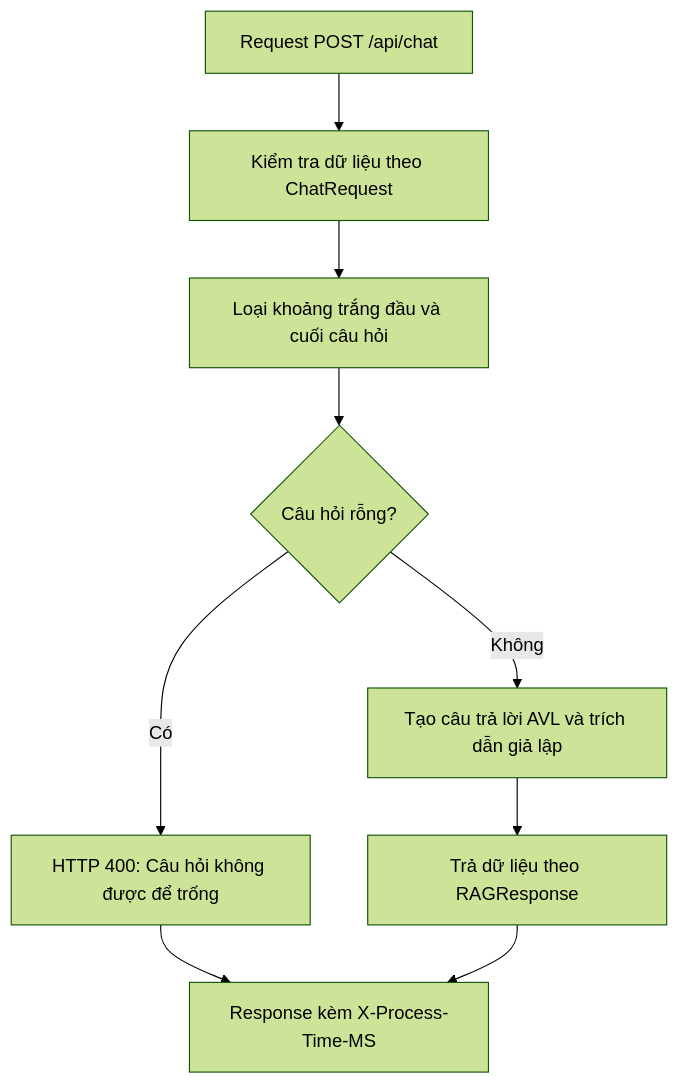
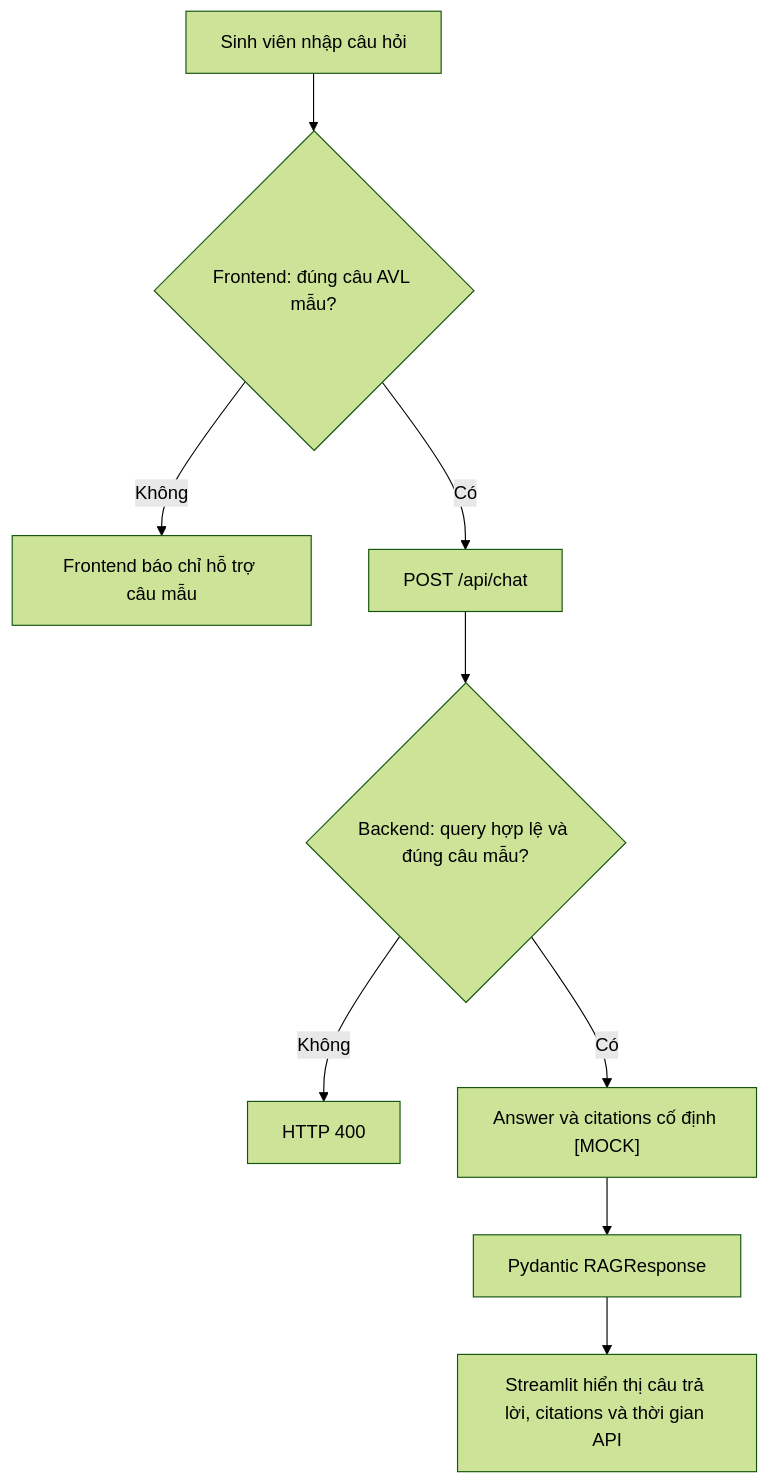
The second of 2 diagrams in README.md (quantapcot/DSA-Document-Assistant-Using-Hybrid-RAG), drawn with Mermaid (forest theme) before and after one commit. The commit also changed other lines of this file, not shown here.

````diff
--- a/README.md
+++ b/README.md
@@ -63,11 +88,11 @@
 ```mermaid
 flowchart TD
-    A["Request POST /api/chat"] --> B["Kiểm tra dữ liệu theo ChatRequest"]
-    B --> C["Loại khoảng trắng đầu và cuối câu hỏi"]
-    C --> D{"Câu hỏi rỗng?"}
-    D -- Có --> E["HTTP 400: Câu hỏi không được để trống"]
-    D -- Không --> F["Tạo câu trả lời AVL và trích dẫn giả lập"]
-    F --> G["Trả dữ liệu theo RAGResponse"]
-    E --> H["Response kèm X-Process-Time-MS"]
-    G --> H
+    A["Sinh viên nhập câu hỏi"] --> B{"Frontend: đúng câu AVL mẫu?"}
+    B -- "Không" --> C["Frontend báo chỉ hỗ trợ câu mẫu"]
+    B -- "Có" --> D["POST /api/chat"]
+    D --> E{"Backend: query hợp lệ và đúng câu mẫu?"}
+    E -- "Không" --> F["HTTP 400"]
+    E -- "Có" --> G["Answer và citations cố định [MOCK]"]
+    G --> H["Pydantic RAGResponse"]
+    H --> I["Streamlit hiển thị câu trả lời, citations và thời gian API"]
 ```
````
